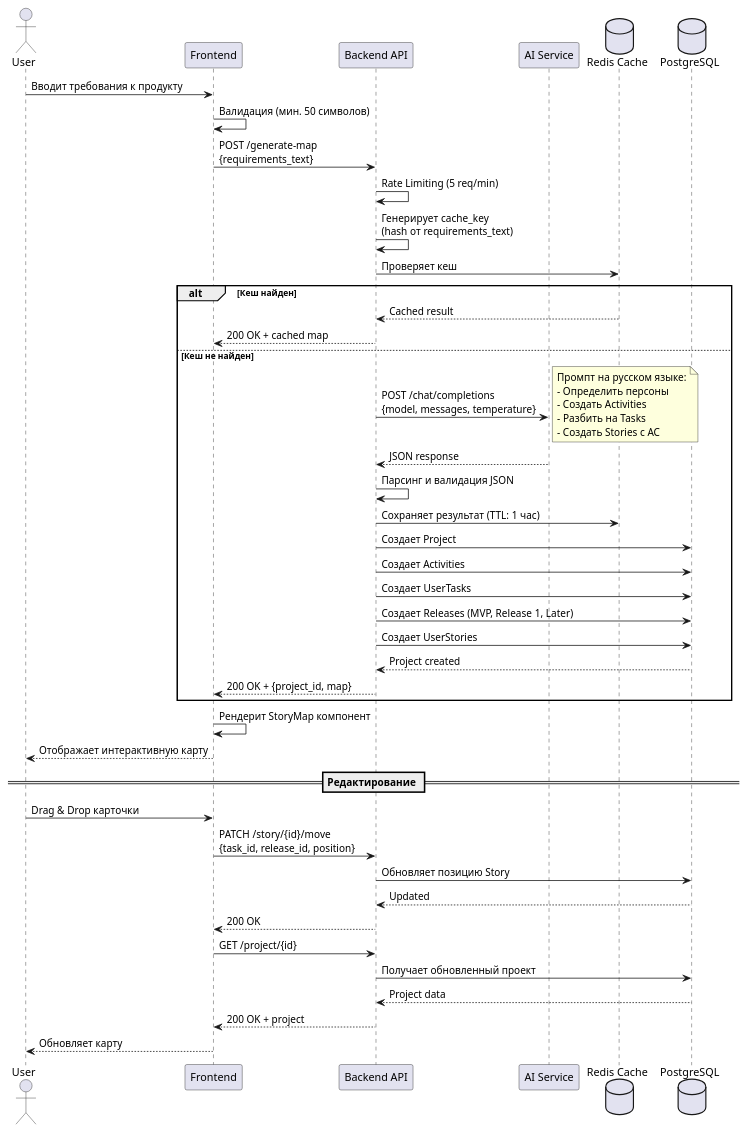
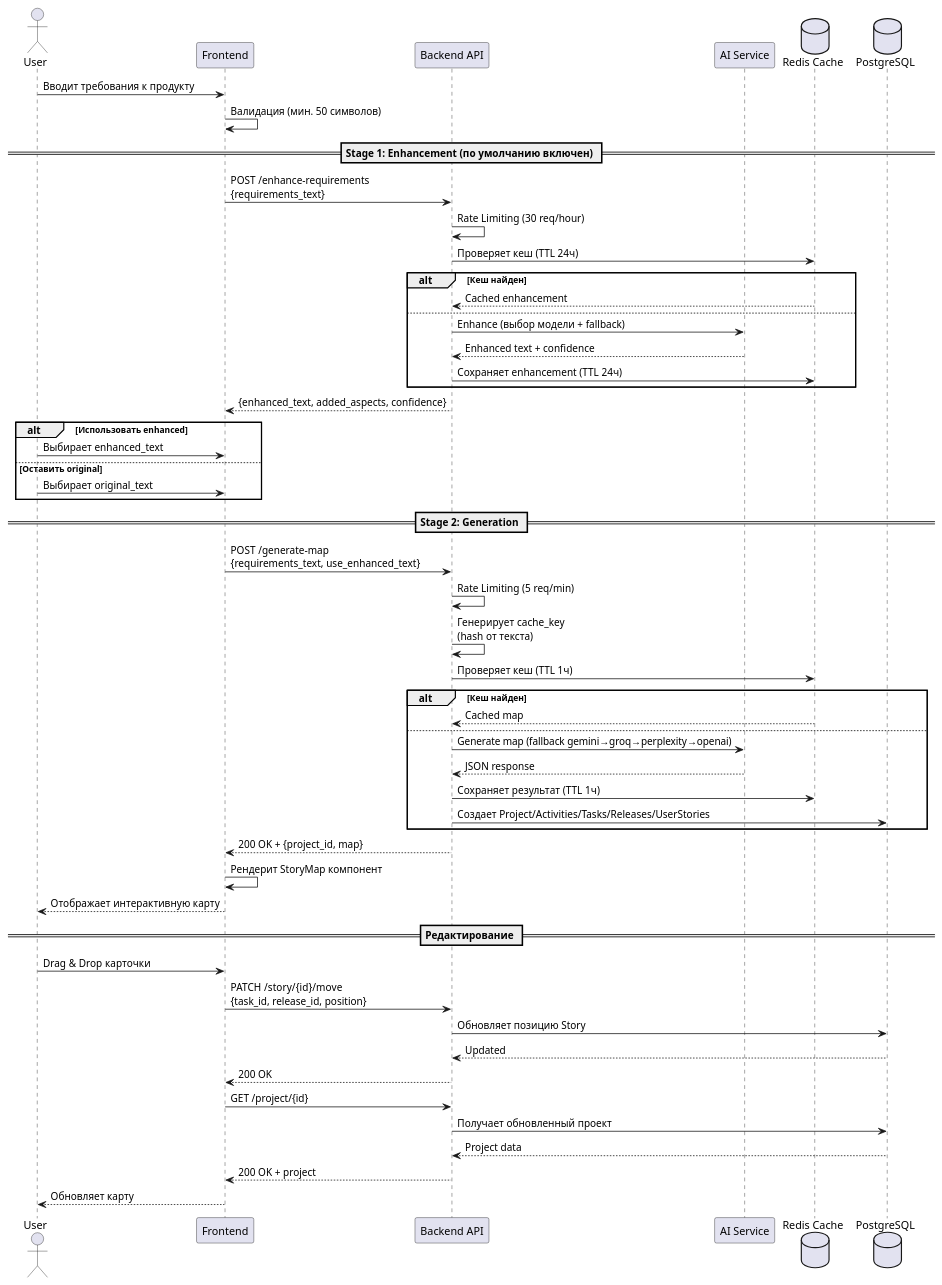
Before and after one commit to smarr68tmb-hash/user_stories_map: the fifth of 12 diagrams in ARCHITECTURE.md, drawn with PlantUML. The commit also changed other lines of this file and 4 other files, not shown here.

Commit message:
docs: refresh architecture diagrams and ai flow

````diff
--- a/ARCHITECTURE.md
+++ b/ARCHITECTURE.md
@@ -440,56 +487,61 @@
 ```plantuml
 @startuml
 actor User
 participant "Frontend" as FE
 participant "Backend API" as BE
 participant "AI Service" as AI
 database "Redis Cache" as Cache
 database "PostgreSQL" as DB
 
 User -> FE: Вводит требования к продукту
 FE -> FE: Валидация (мин. 50 символов)
-FE -> BE: POST /generate-map\n{requirements_text}
 
-BE -> BE: Rate Limiting (5 req/min)
-BE -> BE: Генерирует cache_key\n(hash от requirements_text)
-BE -> Cache: Проверяет кеш
+== Stage 1: Enhancement (по умолчанию включен) ==
+FE -> BE: POST /enhance-requirements\n{requirements_text}
+BE -> BE: Rate Limiting (30 req/hour)
+BE -> Cache: Проверяет кеш (TTL 24ч)
 alt Кеш найден
-  Cache --> BE: Cached result
-  BE --> FE: 200 OK + cached map
-else Кеш не найден
-  BE -> AI: POST /chat/completions\n{model, messages, temperature}
-  note right
-    Промпт на русском языке:
-    - Определить персоны
-    - Создать Activities
-    - Разбить на Tasks
-    - Создать Stories с AC
-  end note
-  AI --> BE: JSON response
-  BE -> BE: Парсинг и валидация JSON
-  BE -> Cache: Сохраняет результат (TTL: 1 час)
-  BE -> DB: Создает Project
-  BE -> DB: Создает Activities
-  BE -> DB: Создает UserTasks
-  BE -> DB: Создает Releases (MVP, Release 1, Later)
-  BE -> DB: Создает UserStories
-  DB --> BE: Project created
-  BE --> FE: 200 OK + {project_id, map}
+  Cache --> BE: Cached enhancement
+else
+  BE -> AI: Enhance (выбор модели + fallback)
+  AI --> BE: Enhanced text + confidence
+  BE -> Cache: Сохраняет enhancement (TTL 24ч)
+end
+BE --> FE: {enhanced_text, added_aspects, confidence}
+alt Использовать enhanced
+  User -> FE: Выбирает enhanced_text
+else Оставить original
+  User -> FE: Выбирает original_text
 end
 
+== Stage 2: Generation ==
+FE -> BE: POST /generate-map\n{requirements_text, use_enhanced_text}
+BE -> BE: Rate Limiting (5 req/min)
+BE -> BE: Генерирует cache_key\n(hash от текста)
+BE -> Cache: Проверяет кеш (TTL 1ч)
+alt Кеш найден
+  Cache --> BE: Cached map
+else
+  BE -> AI: Generate map (fallback gemini→groq→perplexity→openai)
+  AI --> BE: JSON response
+  BE -> Cache: Сохраняет результат (TTL 1ч)
+  BE -> DB: Создает Project/Activities/Tasks/Releases/UserStories
+end
+
+BE --> FE: 200 OK + {project_id, map}
 FE -> FE: Рендерит StoryMap компонент
 FE --> User: Отображает интерактивную карту
 
 == Редактирование ==
 User -> FE: Drag & Drop карточки
 FE -> BE: PATCH /story/{id}/move\n{task_id, release_id, position}
 BE -> DB: Обновляет позицию Story
 DB --> BE: Updated
 BE --> FE: 200 OK
 FE -> BE: GET /project/{id}
 BE -> DB: Получает обновленный проект
 DB --> BE: Project data
 BE --> FE: 200 OK + project
 FE --> User: Обновляет карту
 @enduml
 ```
````
